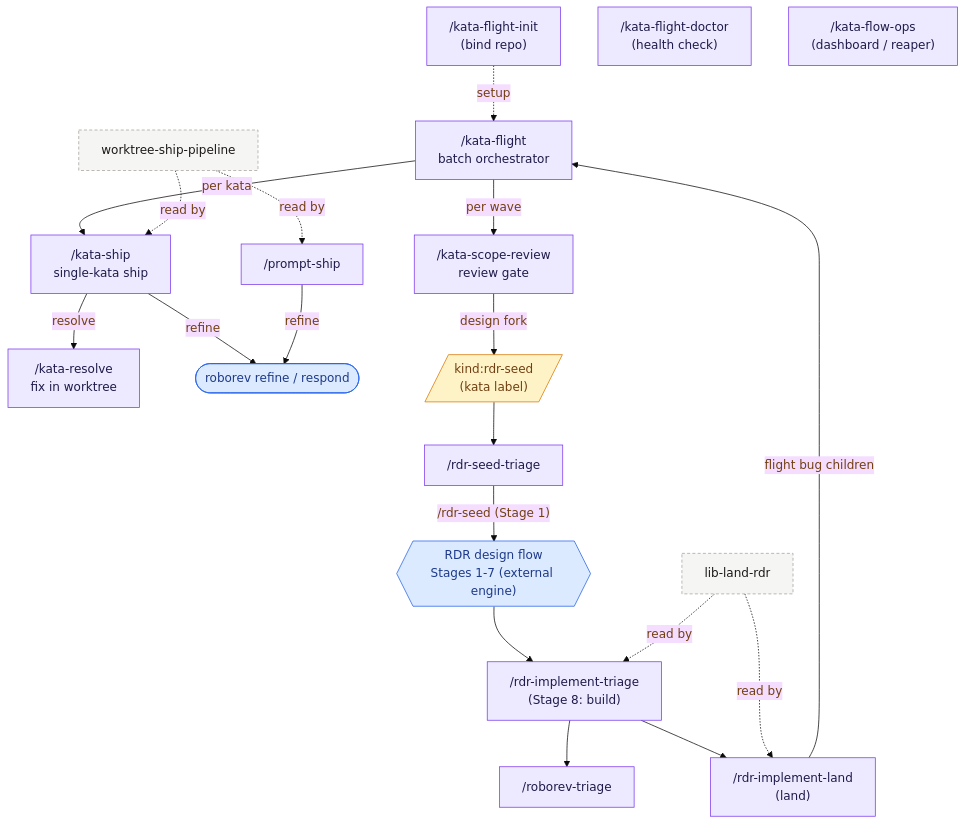
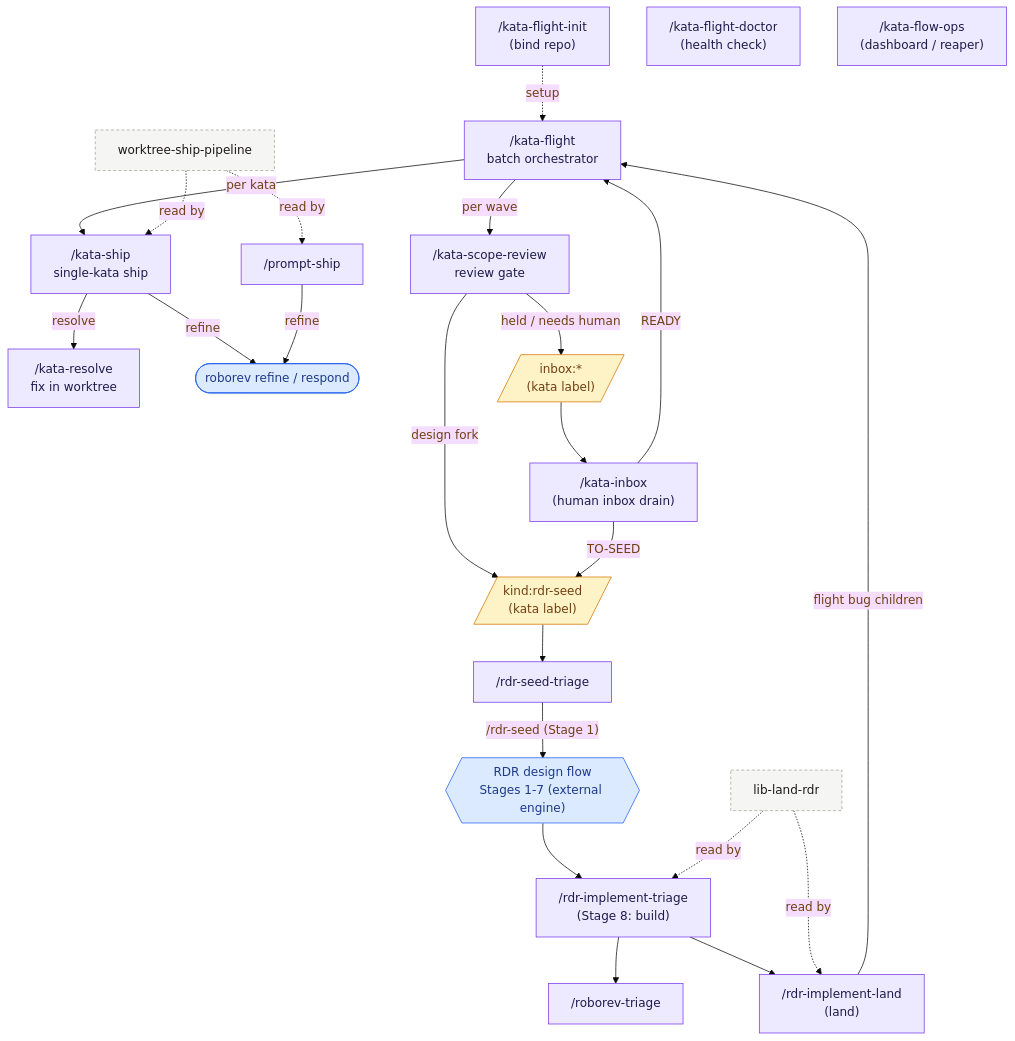
Before and after one commit to cwensel/kata-flight: the diagram in README.md, drawn with Mermaid (base theme). The commit also changed 6 other files, not shown here.

Commit message:
feat: add kata inbox skill

````diff
--- a/README.md
+++ b/README.md
@@ -25,41 +25,46 @@
 ```mermaid
 flowchart TD
     init["/kata-flight-init<br/>(bind repo)"] -.setup.-> flight
     doctor["/kata-flight-doctor<br/>(health check)"]
     ops["/kata-flow-ops<br/>(dashboard / reaper)"]
+    kinbox["/kata-inbox<br/>(human inbox drain)"]
 
     flight["/kata-flight<br/>batch orchestrator"]
     review["/kata-scope-review<br/>review gate"]
     kship["/kata-ship<br/>single-kata ship"]
     resolve["/kata-resolve<br/>fix in worktree"]
     roborev(["roborev refine / respond"])
 
     flight -->|"per wave"| review
     flight -->|"per kata"| kship
     kship -->|"resolve"| resolve
     kship -->|"refine"| roborev
 
     review -->|"design fork"| seed[/"kind:rdr-seed<br/>(kata label)"/]
+    review -->|"held / needs human"| inbox[/"inbox:*<br/>(kata label)"/]
+    inbox --> kinbox
+    kinbox -->|"READY"| flight
+    kinbox -->|"TO-SEED"| seed
     seed --> seedtri["/rdr-seed-triage"]
     seedtri -->|"/rdr-seed (Stage 1)"| rdrflow{{"RDR design flow<br/>Stages 1-7 (external engine)"}}
     rdrflow --> impltri["/rdr-implement-triage<br/>(Stage 8: build)"]
     impltri --> roretri["/roborev-triage"]
     impltri --> implland["/rdr-implement-land<br/>(land)"]
     implland -->|"flight bug children"| flight
 
     pship["/prompt-ship"] -->|"refine"| roborev
 
     wsp["worktree-ship-pipeline"]:::lib -. read by .-> kship
     wsp -. read by .-> pship
     lland["lib-land-rdr"]:::lib -. read by .-> impltri
     lland -. read by .-> implland
 
     classDef skill fill:#EDE9FE,stroke:#7C3AED,color:#1E1B4B;
     classDef lib fill:#F5F5F4,stroke:#A8A29E,color:#1C1917,stroke-dasharray:4 3;
     classDef label fill:#FEF3C7,stroke:#D97706,color:#713F12;
     classDef ext fill:#DBEAFE,stroke:#2563EB,color:#1E3A8A;
 
-    class init,doctor,ops,flight,review,kship,resolve,seedtri,impltri,roretri,implland,pship skill;
-    class seed label;
+    class init,doctor,ops,kinbox,flight,review,kship,resolve,seedtri,impltri,roretri,implland,pship skill;
+    class seed,inbox label;
     class roborev,rdrflow ext;
 ```
````
